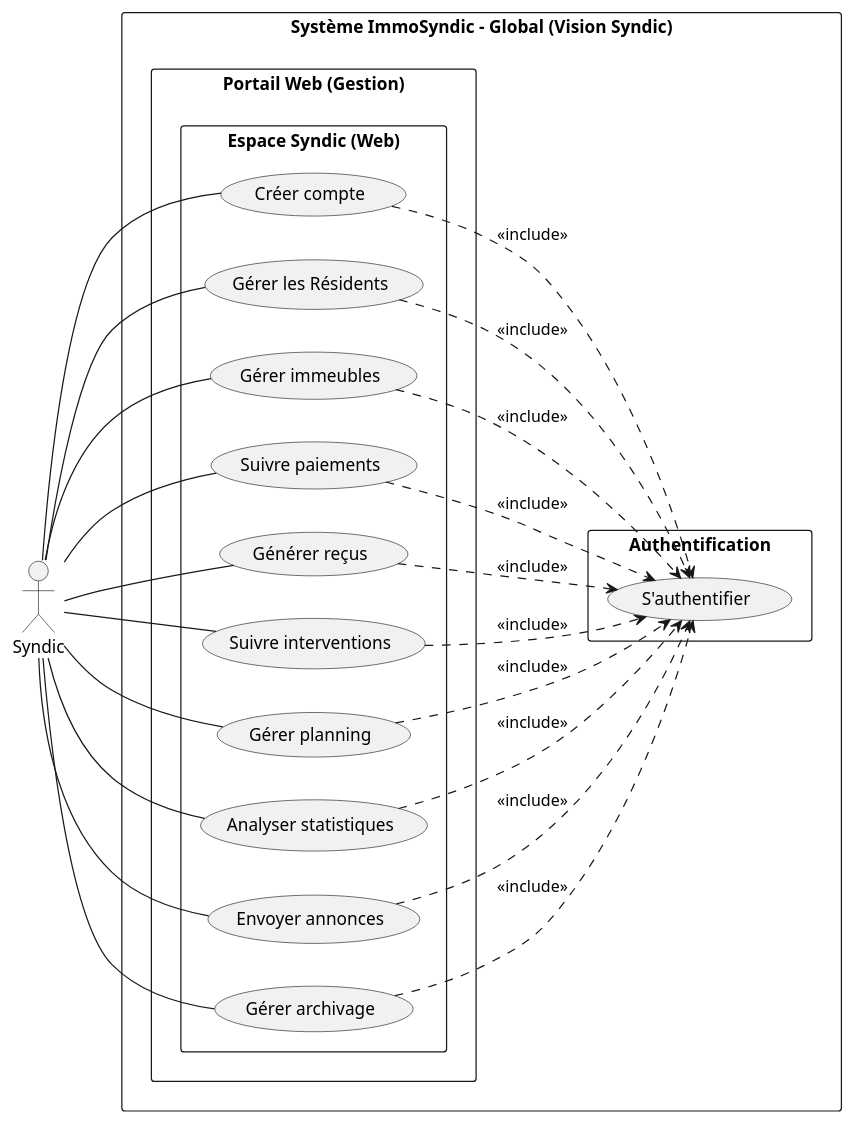
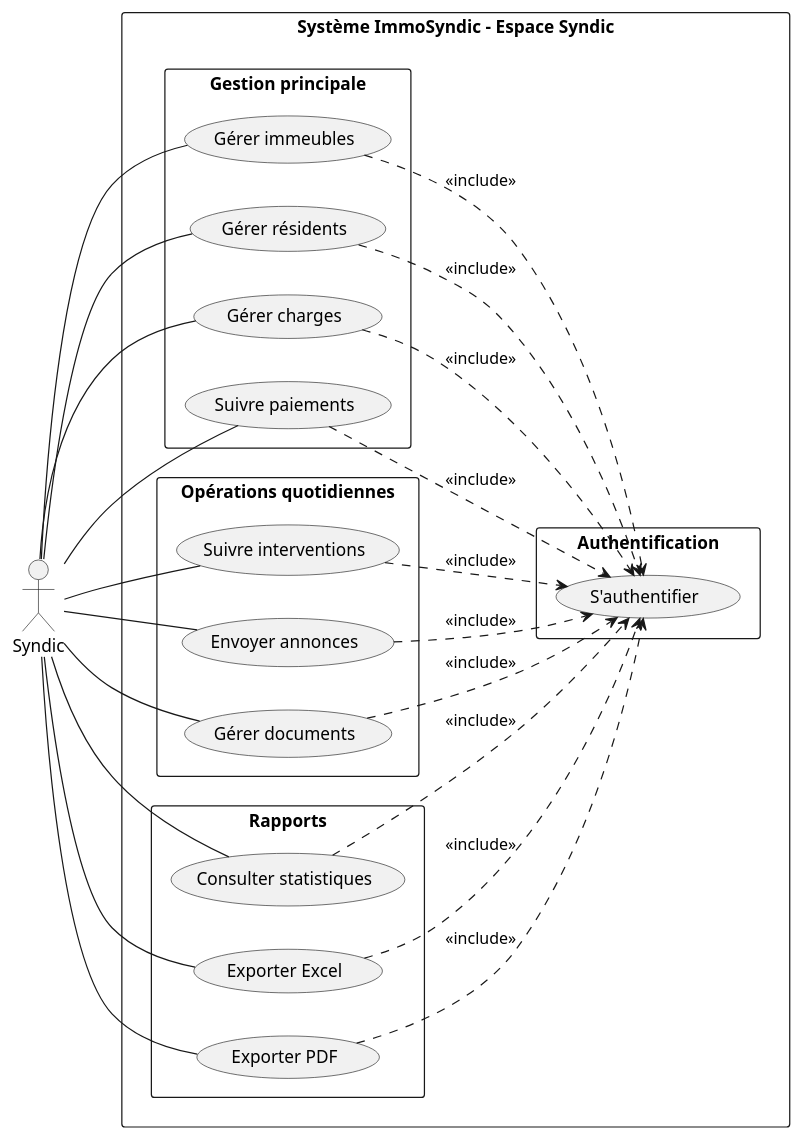
The diagram in analyse/ideation/cas_utilisation/diagramme_global/use_case_global_syndic.puml (fadna-lakhouchen/Projet-finale), drawn with PlantUML before and after one commit. The commit also changed 27 other files, not shown here.

```diff
--- a/analyse/ideation/cas_utilisation/diagramme_global/use_case_global_syndic.puml
+++ b/analyse/ideation/cas_utilisation/diagramme_global/use_case_global_syndic.puml
@@ -1,53 +1,58 @@
-@startuml ImmoSyndic_Global_Syndic
+@startuml ImmoSyndic_Final_Syndic
 left to right direction
 skinparam packageStyle rectangle
 skinparam shadowing false
 
 actor "Syndic" as Syndic
 
-rectangle "Système ImmoSyndic - Global (Vision Syndic)" {
+rectangle "Système ImmoSyndic - Espace Syndic" {
 
   package "Authentification" {
     usecase "S'authentifier" as Auth
   }
 
-  package "Portail Web (Gestion)" {
-    package "Espace Syndic (Web)" {
-      usecase "Créer compte" as Register
-      usecase "Gérer les Résidents" as ManageResidents
-      usecase "Gérer immeubles" as ManageBuildings
-      usecase "Suivre paiements" as TrackPayments
-      usecase "Générer reçus" as GenReceipts
-      usecase "Suivre interventions" as TrackInterventions
-      usecase "Gérer planning" as ManagePlanning
-      usecase "Analyser statistiques" as ViewStats
-      usecase "Envoyer annonces" as SendNews
-      usecase "Gérer archivage" as ArchiveDocs
+  package "Gestion principale" {
+    usecase "Gérer immeubles" as ManageBuildings
+    usecase "Gérer résidents" as ManageResidents
+    usecase "Gérer charges" as ManageCharges
+    usecase "Suivre paiements" as TrackPayments
+  }
 
-      Register ..> Auth : <<include>>
-      ManageResidents ..> Auth : <<include>>
-      ManageBuildings ..> Auth : <<include>>
-      TrackPayments ..> Auth : <<include>>
-      GenReceipts ..> Auth : <<include>>
-      TrackInterventions ..> Auth : <<include>>
-      ManagePlanning ..> Auth : <<include>>
-      ViewStats ..> Auth : <<include>>
-      SendNews ..> Auth : <<include>>
-      ArchiveDocs ..> Auth : <<include>>
-    }
+  package "Opérations quotidiennes" {
+    usecase "Suivre interventions" as TrackInterventions
+    usecase "Envoyer annonces" as SendNews
+    usecase "Gérer documents" as ManageDocs
+  }
+
+  package "Rapports" {
+    usecase "Consulter statistiques" as ViewStats
+    usecase "Exporter Excel" as ExportExcel
+    usecase "Exporter PDF" as ExportPDF
   }
 }
+  ' Auth relation (global rule)
+  ManageBuildings ..> Auth : <<include>>
+  ManageResidents ..> Auth : <<include>>
+  ManageCharges ..> Auth : <<include>>
+  TrackPayments ..> Auth : <<include>>
+  TrackInterventions ..> Auth : <<include>>
+  SendNews ..> Auth : <<include>>
+  ManageDocs ..> Auth : <<include>>
+  ViewStats ..> Auth : <<include>>
+  ExportExcel ..> Auth : <<include>>
+  ExportPDF ..> Auth : <<include>>
+}
 
-' Web Connections
-Syndic -- Register
+' Actor connections
+Syndic -- ManageBuildings
 Syndic -- ManageResidents
-Syndic -- ManageBuildings
+Syndic -- ManageCharges
 Syndic -- TrackPayments
-Syndic -- GenReceipts
 Syndic -- TrackInterventions
-Syndic -- ManagePlanning
+Syndic -- SendNews
+Syndic -- ManageDocs
 Syndic -- ViewStats
-Syndic -- SendNews
-Syndic -- ArchiveDocs
+Syndic -- ExportExcel
+Syndic -- ExportPDF
 
 @enduml
```
